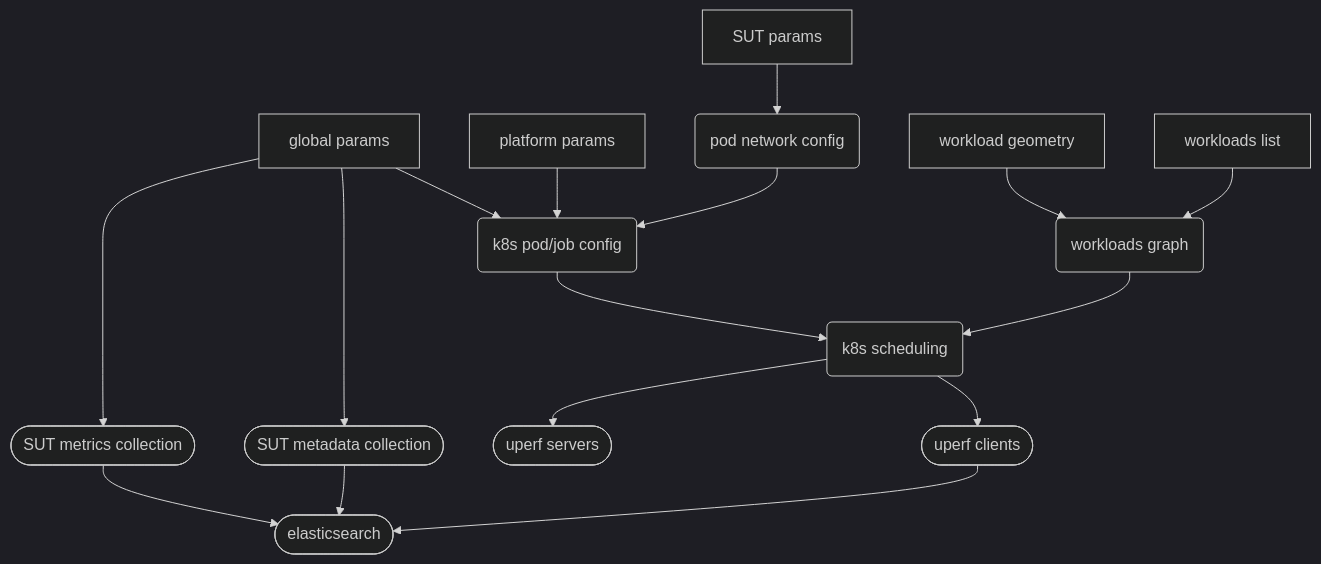
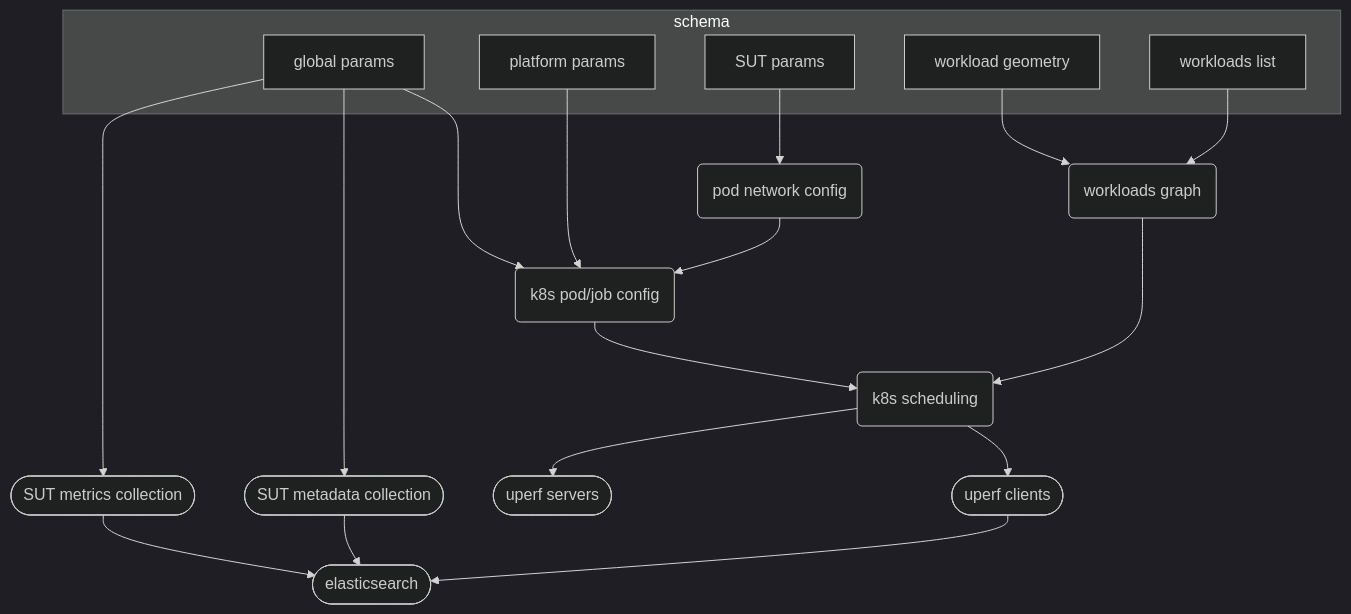
One commit to arcalot/arcaflow-workflows changed the seventh of 7 diagrams in network-performance/README.md. Above: the diagram before and after it, drawn with Mermaid (dark theme). The commit also changed other lines of this file, not shown here.

Commit message:
subgraph for schema items in full mermaid view

````diff
--- a/network-performance/README.md
+++ b/network-performance/README.md
@@ -165,28 +165,38 @@
 ```mermaid
 graph TD
-    global_params[global params] --> metrics_plugin
+    subgraph schema
+    global_params[global params]
+    platform_params[platform params]
+    sut_params[SUT params]
+    geometry[workload geometry]
+    platform_params[platform params]
+    workloads_list[workloads list]
+    end
+
+    global_params --> metrics_plugin
     global_params --> metadata_plugin
     global_params --> pod_config
 
-    platform_params[platform params] --> pod_config
+    platform_params --> pod_config
 
-    sut_params[SUT params] --> net_config
+    sut_params --> net_config
 
-    geometry[workload geometry] --> workloads_g
+    geometry --> workloads_g
 
-    workloads_list[workloads list] --> workloads_g
-    
+    workloads_list --> workloads_g
+
     workloads_g(workloads graph) --> scheduling
 
     net_config(pod network config) --> pod_config
-    
+
     metrics_plugin([SUT metrics collection]) --> es
     metadata_plugin([SUT metadata collection]) --> es
+
     pod_config(k8s pod/job config) --> scheduling
     scheduling(k8s scheduling) --> uperf_servers
     scheduling --> uperf_clients
 
     uperf_servers([uperf servers])
     uperf_clients([uperf clients]) --> es
     es([elasticsearch])
 ```
````
